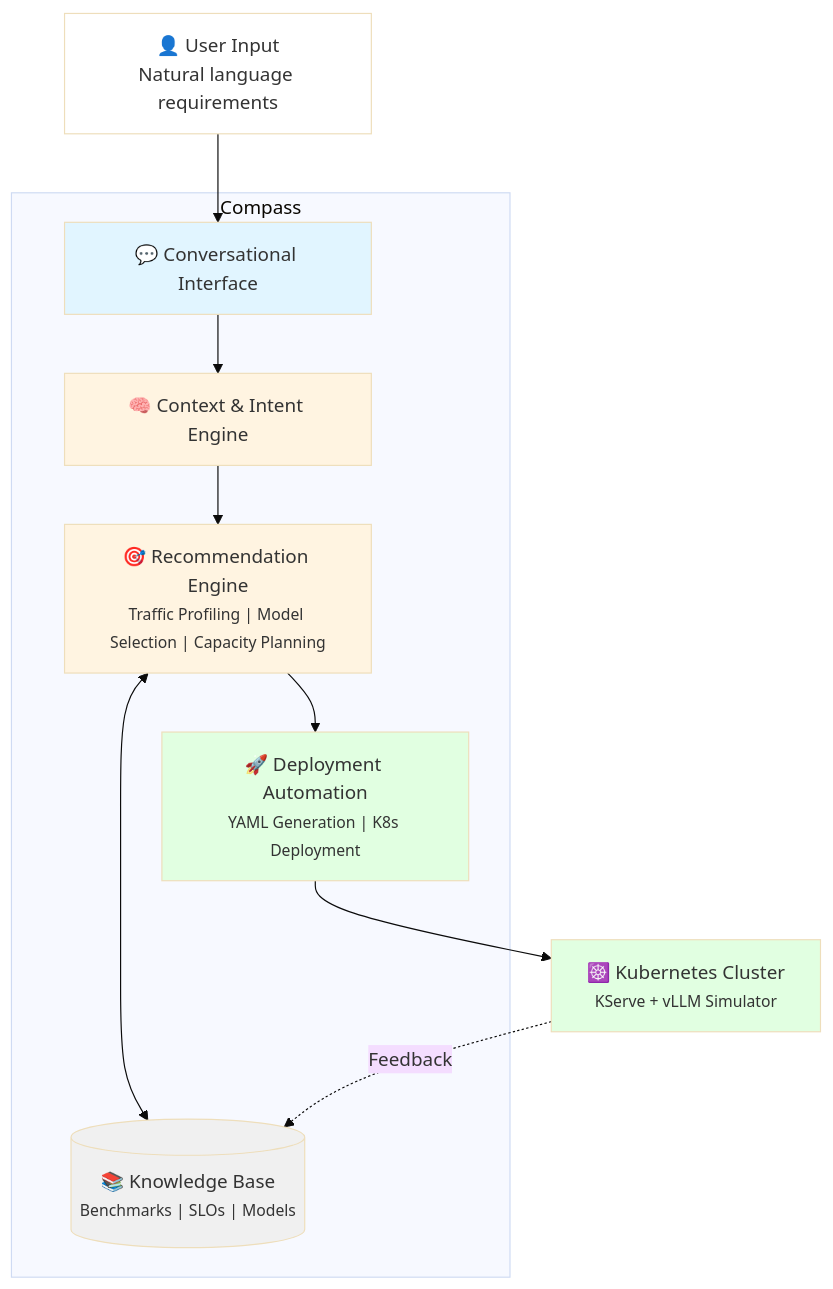
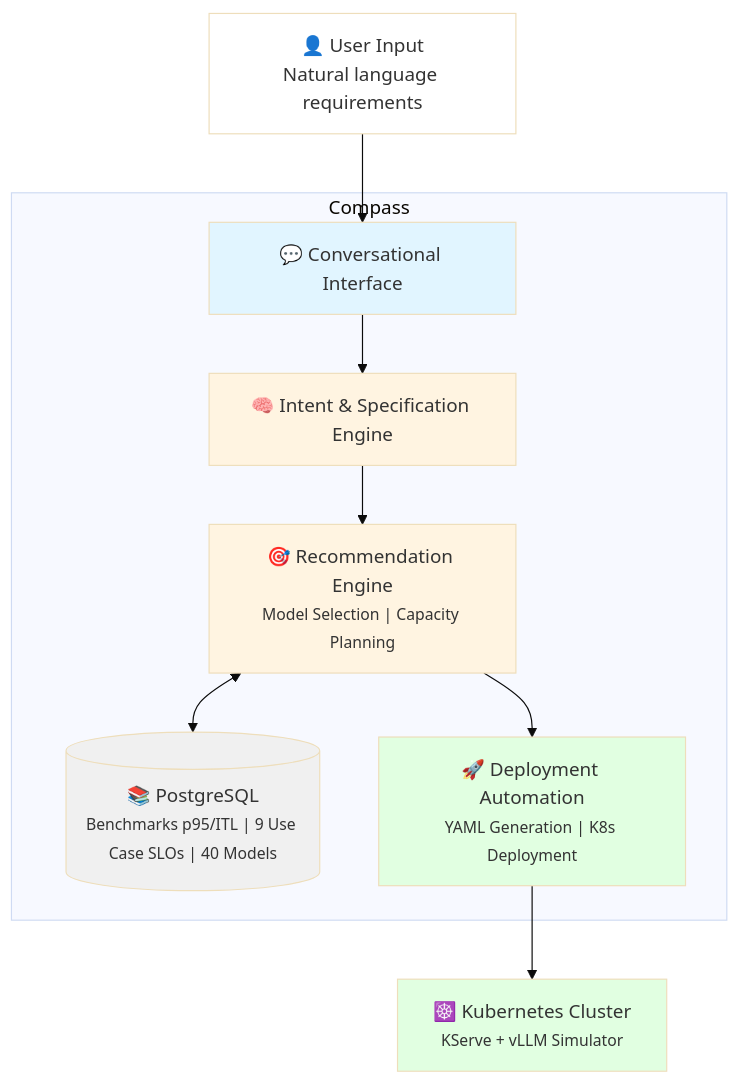
One commit to redhat-et/compass changed the fourth of 4 diagrams in docs/simplified-architecture-diagram.md. Above: the diagram before and after it, drawn with Mermaid (base theme). The commit also changed other lines of this file and 8 other files, not shown here.

First line of the commit message:
Refactor architecture to 4-engine + UI Layer structure

````diff
--- a/docs/simplified-architecture-diagram.md
+++ b/docs/simplified-architecture-diagram.md
@@ -104,30 +102,29 @@
 ```mermaid
 graph TB
     User["👤 User Input<br/>Natural language requirements"]
 
     subgraph "Compass"
         Chat["💬 Conversational Interface"]
-        Intent["🧠 Context & Intent Engine"]
-        Rec["🎯 Recommendation Engine<br/><small>Traffic Profiling | Model Selection | Capacity Planning</small>"]
-        KB[("📚 Knowledge Base<br/><small>Benchmarks | SLOs | Models</small>")]
+        Intent["🧠 Intent & Specification Engine"]
+        Rec["🎯 Recommendation Engine<br/><small>Model Selection | Capacity Planning</small>"]
+        KB[("📚 PostgreSQL<br/><small>Benchmarks p95/ITL | 9 Use Case SLOs | 40 Models</small>")]
         Deploy["🚀 Deployment Automation<br/><small>YAML Generation | K8s Deployment</small>"]
     end
 
     K8S["☸️ Kubernetes Cluster<br/><small>KServe + vLLM Simulator</small>"]
 
     User --> Chat
     Chat --> Intent
     Intent --> Rec
     Rec <--> KB
     Rec --> Deploy
     Deploy --> K8S
-    K8S -.Feedback.-> KB
 
     style User fill:#fff
     style Chat fill:#e1f5ff
     style Intent fill:#fff4e1
     style Rec fill:#fff4e1
     style KB fill:#f0f0f0
     style Deploy fill:#e1ffe1
     style K8S fill:#e1ffe1
 ```
````
